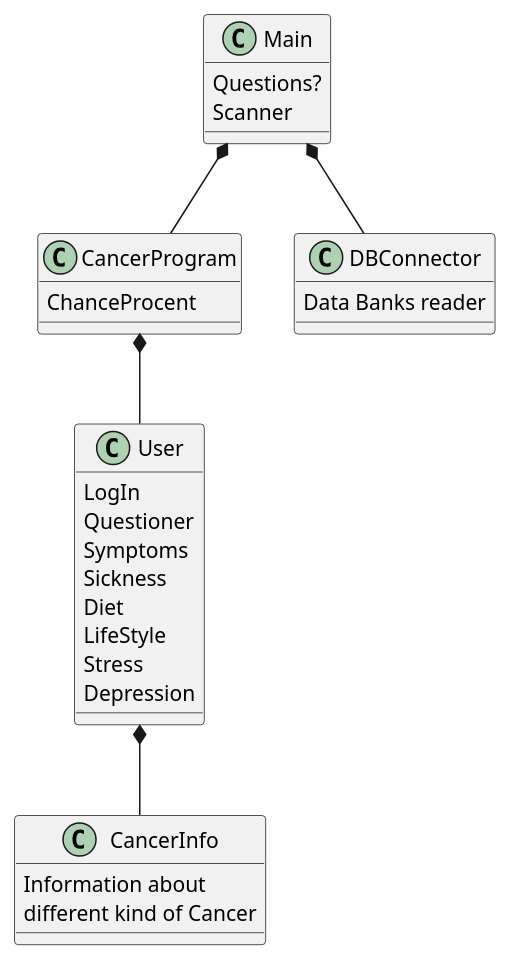
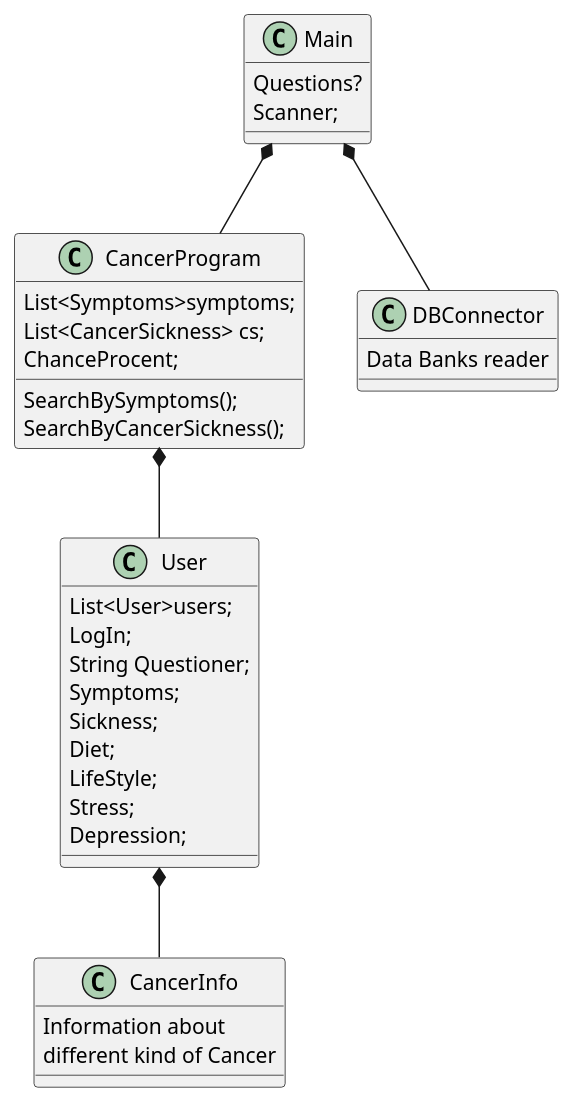
The diagram in src/ICE Gruppe F.puml (Fjumre/ICE-Gruppe-F), drawn with PlantUML before and after one commit.

Commit message:
Update ICE Gruppe F.puml

```diff
--- a/src/ICE Gruppe F.puml
+++ b/src/ICE Gruppe F.puml
@@ -1,39 +1,46 @@
 @startuml
 'https://plantuml.com/sequence-diagram
 
 
 
 Class Main{
 Questions?
-Scanner
+Scanner;
 }
+
 Class CancerProgram{
-ChanceProcent
+List<Symptoms>symptoms;
+List<CancerSickness> cs;
+ChanceProcent;
+SearchBySymptoms();
+SearchByCancerSickness();
+}
 
+Class User{
+List<User>users;
+LogIn;
+String Questioner;
+Symptoms;
+Sickness;
+Diet;
+LifeStyle;
+Stress;
+Depression;
 }
-Class User{
-LogIn
-Questioner
-Symptoms
-Sickness
-Diet
-LifeStyle
-Stress
-Depression
-}
+
 Class CancerInfo{
+
 Information about
 different kind of Cancer
-
 }
 
 Class DBConnector{
 Data Banks reader
 }
 
 Main *-- DBConnector
 Main *-- CancerProgram
 CancerProgram *-- User
 User *-- CancerInfo
 
 @enduml
```
